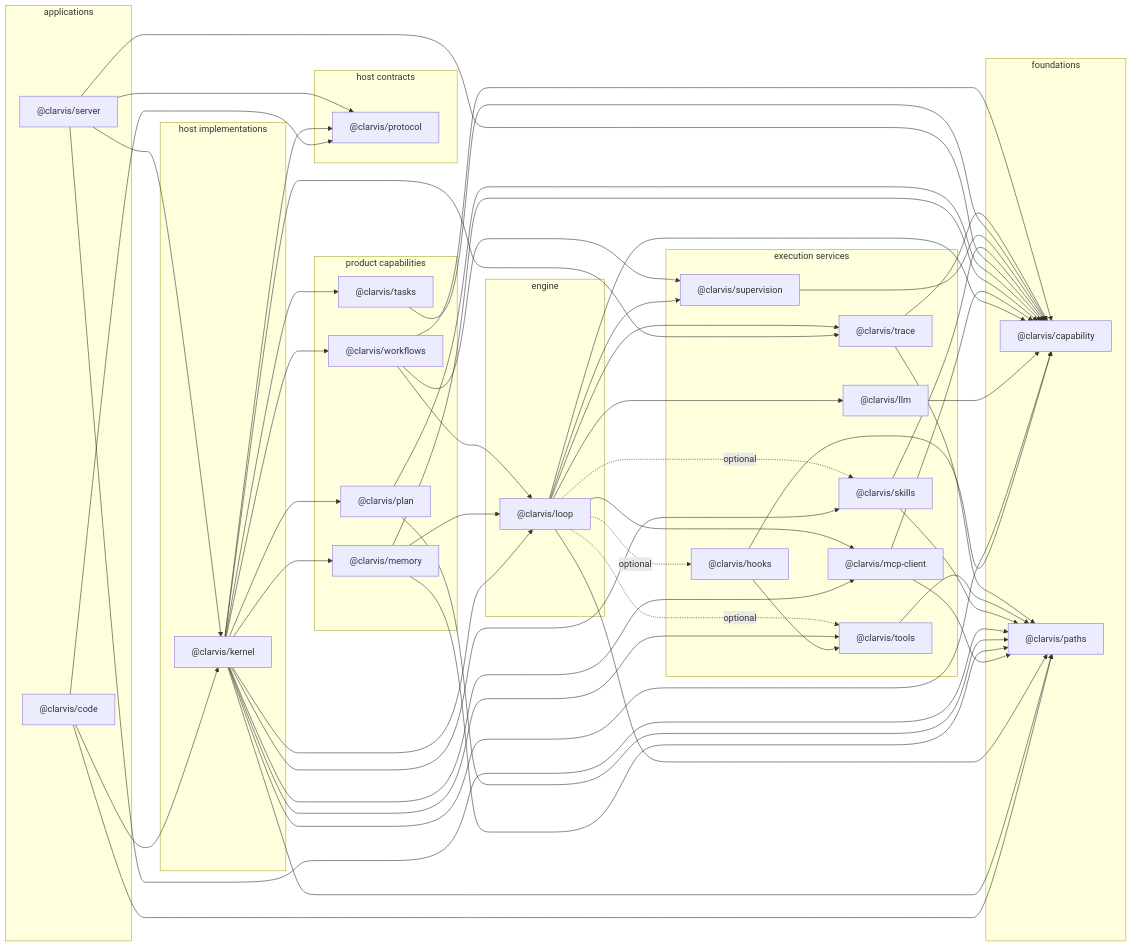
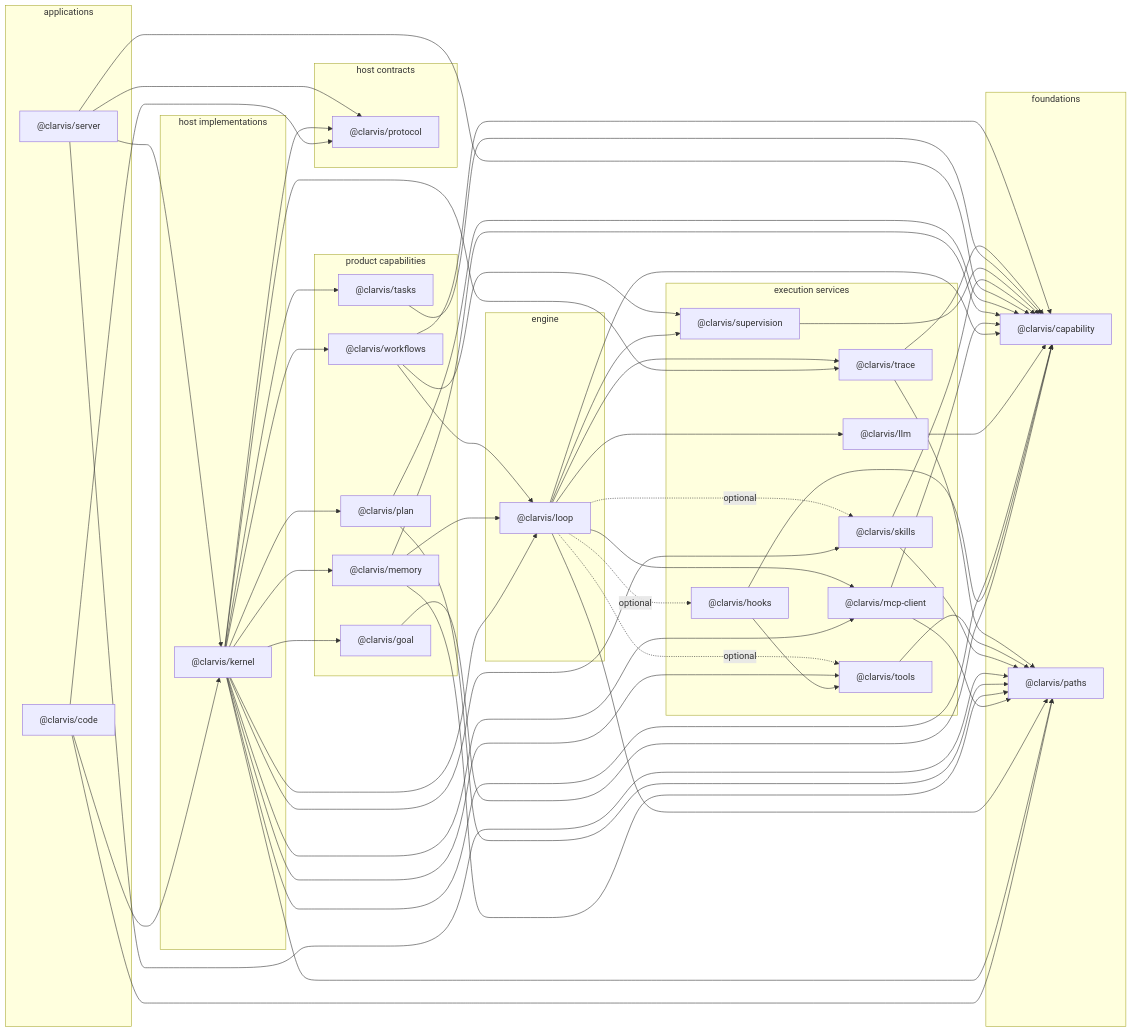
One commit to getclarvis/clarvis changed the diagram in specs/package-coupling-analysis.md. Above: the diagram before and after it, drawn with Mermaid. The commit also changed other lines of this file and 294 other files, not shown here.

```diff
--- a/specs/package-coupling-analysis.md
+++ b/specs/package-coupling-analysis.md
@@ -72,6 +74,7 @@
     loop["@clarvis/loop"]
   end
   subgraph role_product_capability["product capabilities"]
+    goal["@clarvis/goal"]
     memory["@clarvis/memory"]
     plan["@clarvis/plan"]
     tasks["@clarvis/tasks"]
@@ -87,9 +90,11 @@
   code --> kernel
   code --> paths
   code --> protocol
+  goal --> capability
   hooks --> capability
   hooks --> tools
   kernel --> capability
+  kernel --> goal
   kernel --> loop
   kernel --> mcp_client
   kernel --> memory
```
